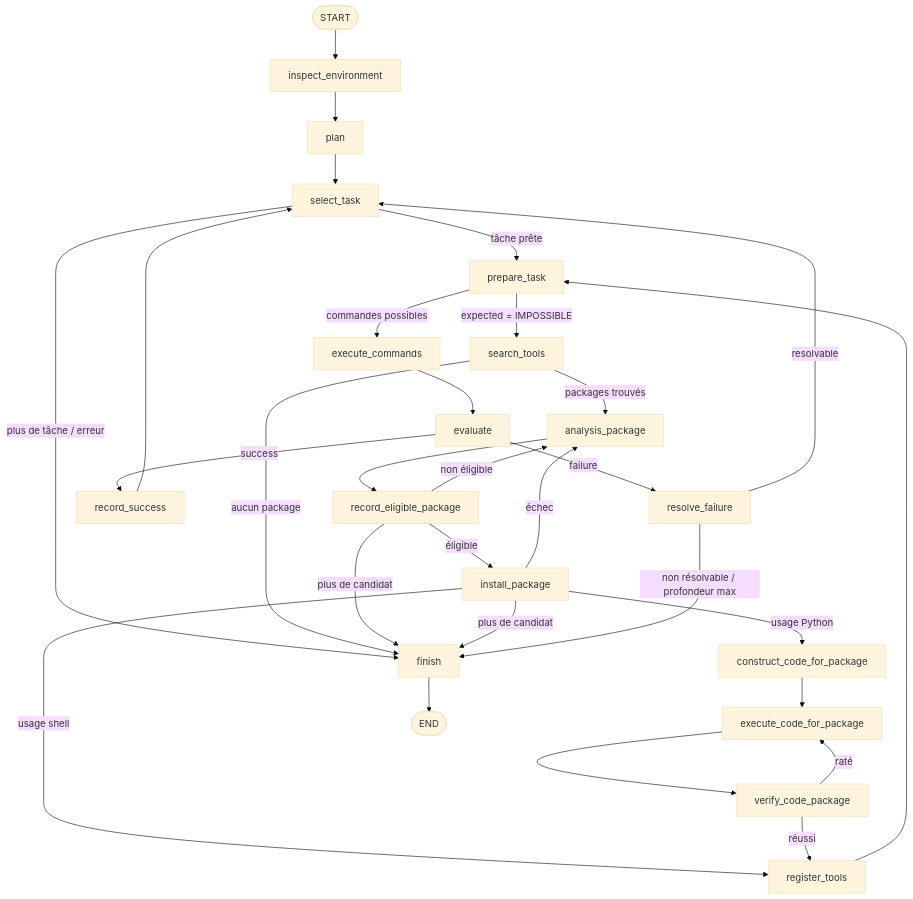
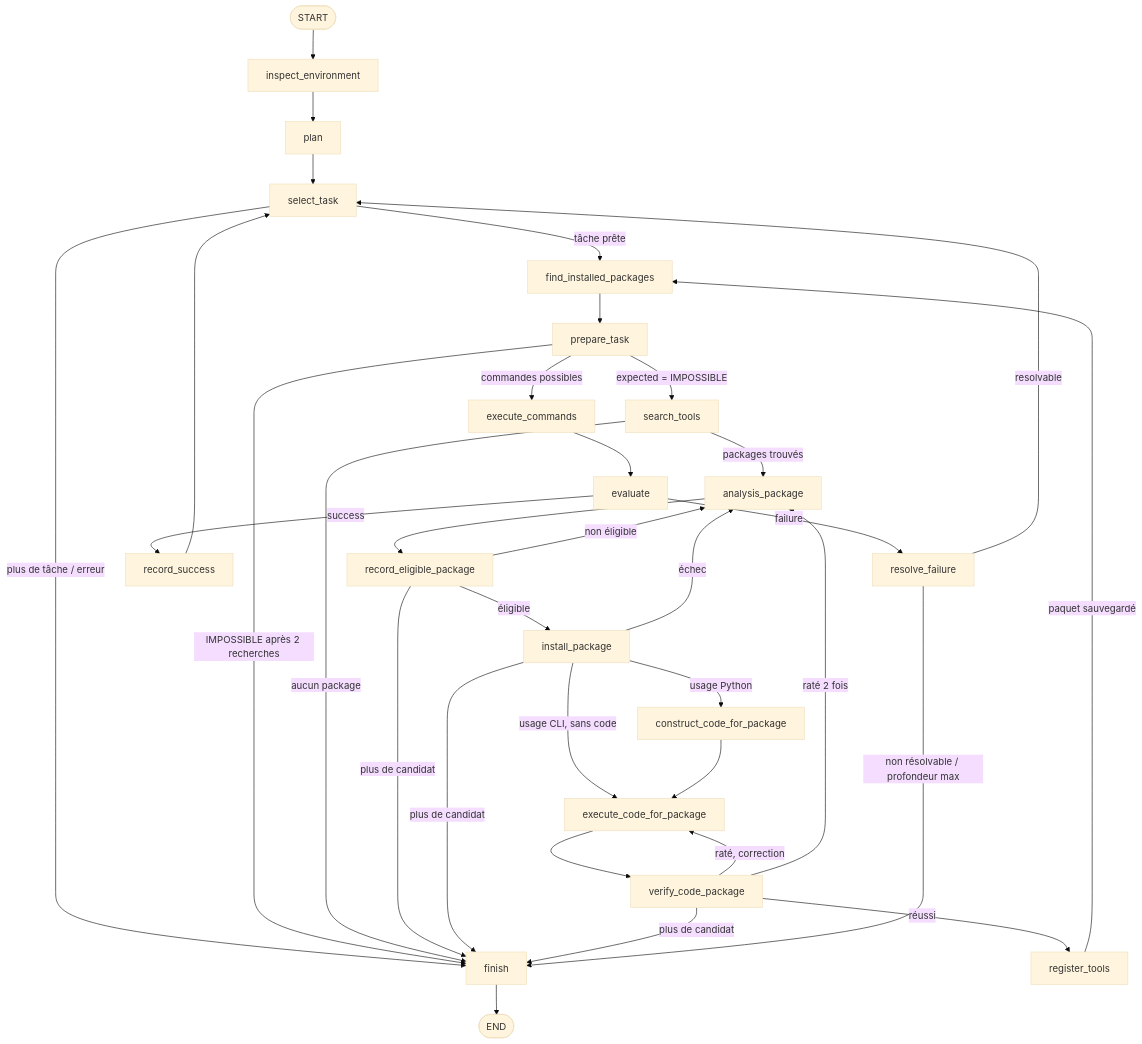
One commit to daothauvin/-agentic-ai changed the diagram in README.md. Above: the diagram before and after it, drawn with Mermaid (base theme). The commit also changed other lines of this file and 17 other files, not shown here.

````diff
--- a/README.md
+++ b/README.md
@@ -144,35 +147,39 @@
 ```mermaid
 graph TD
     START([START]) --> INSPECT[inspect_environment]
     INSPECT --> PLAN[plan]
     PLAN --> SELECT[select_task]
-    SELECT -->|tâche prête| PREPARE[prepare_task]
+    SELECT -->|tâche prête| FIND[find_installed_packages]
     SELECT -->|plus de tâche / erreur| FINISH[finish]
+    FIND --> PREPARE[prepare_task]
 
     PREPARE -->|commandes possibles| EXECUTE[execute_commands]
     PREPARE -->|expected = IMPOSSIBLE| SEARCH[search_tools]
+    PREPARE -->|IMPOSSIBLE après 2 recherches| FINISH
 
     SEARCH -->|packages trouvés| ANALYSIS[analysis_package]
     SEARCH -->|aucun package| FINISH
     ANALYSIS --> ELIGIBLE[record_eligible_package]
     ELIGIBLE -->|éligible| INSTALL[install_package]
     ELIGIBLE -->|non éligible| ANALYSIS
     ELIGIBLE -->|plus de candidat| FINISH
     INSTALL -->|échec| ANALYSIS
     INSTALL -->|plus de candidat| FINISH
     INSTALL -->|usage Python| CONSTRUCT[construct_code_for_package]
-    INSTALL -->|usage shell| REGISTER[register_tools]
-    CONSTRUCT --> EXEC_CODE[execute_code_for_package]
+    INSTALL -->|usage CLI, sans code| EXEC_CODE[execute_code_for_package]
+    CONSTRUCT --> EXEC_CODE
     EXEC_CODE --> VERIFY[verify_code_package]
-    VERIFY -->|réussi| REGISTER
-    VERIFY -->|raté| EXEC_CODE
-    REGISTER --> PREPARE
+    VERIFY -->|réussi| REGISTER[register_tools]
+    VERIFY -->|raté, correction| EXEC_CODE
+    VERIFY -->|raté 2 fois| ANALYSIS
+    VERIFY -->|plus de candidat| FINISH
+    REGISTER -->|paquet sauvegardé| FIND
 
     EXECUTE --> EVALUATE[evaluate]
     EVALUATE -->|success| RECORD[record_success]
     RECORD --> SELECT
     EVALUATE -->|failure| RESOLVE[resolve_failure]
     RESOLVE -->|resolvable| SELECT
     RESOLVE -->|non résolvable / profondeur max| FINISH
     FINISH --> END([END])
 ```
````
